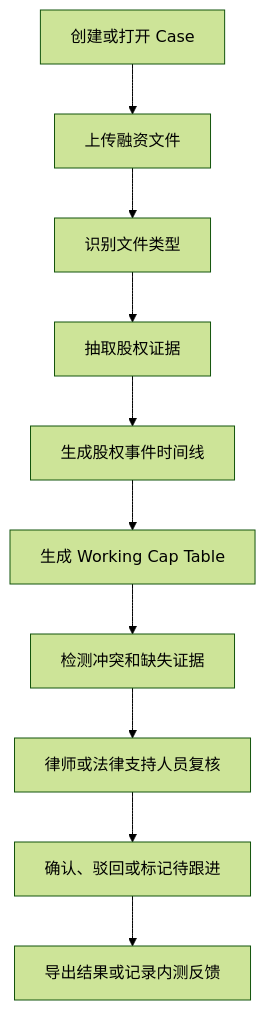
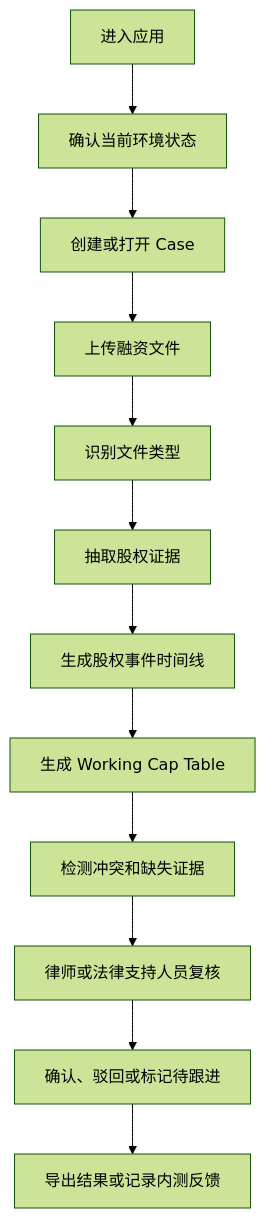
One commit to chEEseFish-sy/stanford-law-hackathon changed the diagram in docs/03-core-workflow.md. Above: the diagram before and after it, drawn with Mermaid (forest theme). The commit also changed other lines of this file and 16 other files, not shown here.

````diff
--- a/docs/03-core-workflow.md
+++ b/docs/03-core-workflow.md
@@ -5,12 +5,14 @@
 ```mermaid
 flowchart TD
-  A[创建或打开 Case] --> B[上传融资文件]
-  B --> C[识别文件类型]
-  C --> D[抽取股权证据]
-  D --> E[生成股权事件时间线]
-  E --> F[生成 Working Cap Table]
-  F --> G[检测冲突和缺失证据]
-  G --> H[律师或法律支持人员复核]
-  H --> I[确认、驳回或标记待跟进]
-  I --> J[导出结果或记录内测反馈]
+  A[进入应用] --> B[确认当前环境状态]
+  B --> C[创建或打开 Case]
+  C --> D[上传融资文件]
+  D --> E[识别文件类型]
+  E --> F[抽取股权证据]
+  F --> G[生成股权事件时间线]
+  G --> H[生成 Working Cap Table]
+  H --> I[检测冲突和缺失证据]
+  I --> J[律师或法律支持人员复核]
+  J --> K[确认、驳回或标记待跟进]
+  K --> L[导出结果或记录内测反馈]
 ```
````
